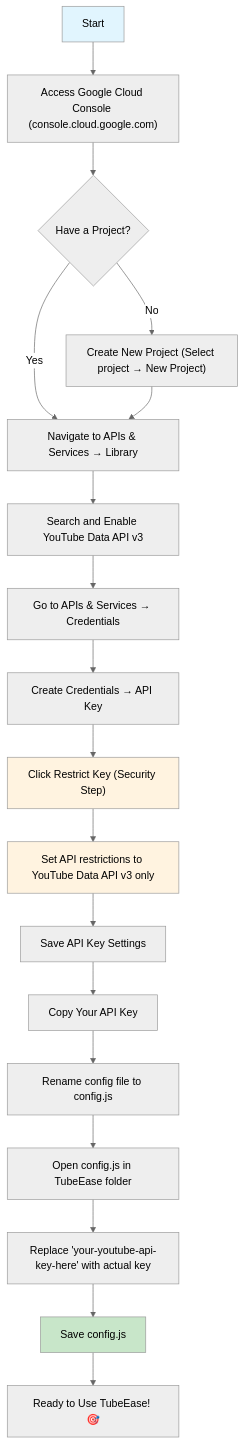
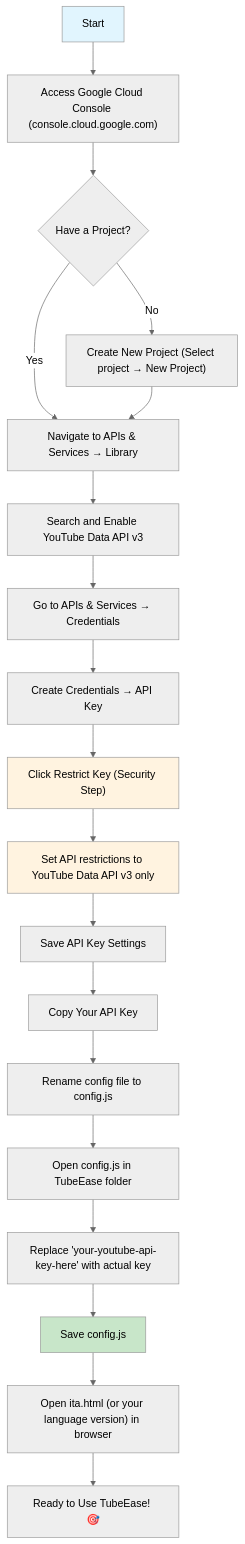
Before and after one commit to gelso/TubeEase: the diagram in README.md, drawn with Mermaid (neutral theme). The commit also changed other lines of this file, not shown here.

````diff
--- a/README.md
+++ b/README.md
@@ -11,25 +20,26 @@
 ```mermaid
 flowchart TD
     A[Start] --> B["Access Google Cloud Console (console.cloud.google.com)"]
     B --> C{Have a Project?}
     C -->|No| D["Create New Project (Select project → New Project)"]
     C -->|Yes| E["Navigate to APIs & Services → Library"]
     D --> E
     E --> F["Search and Enable YouTube Data API v3"]
     F --> G["Go to APIs & Services → Credentials"]
     G --> H["Create Credentials → API Key"]
     H --> I["Click Restrict Key (Security Step)"]
     I --> J["Set API restrictions to YouTube Data API v3 only"]
     J --> K["Save API Key Settings"]
     K --> L["Copy Your API Key"]
     L --> M["Rename config file to config.js"]
     M --> N["Open config.js in TubeEase folder"]
     N --> O["Replace 'your-youtube-api-key-here' with actual key"]
     O --> P["Save config.js"]
-    P --> Q[Ready to Use TubeEase! 🎯]
+    P --> Q["Open ita.html (or your language version) in browser"]
+    Q --> R[Ready to Use TubeEase! 🎯]
     
     style A fill:#e1f5fe
     style P fill:#c8e6c9
     style I fill:#fff3e0
     style J fill:#fff3e0
 ```
````
